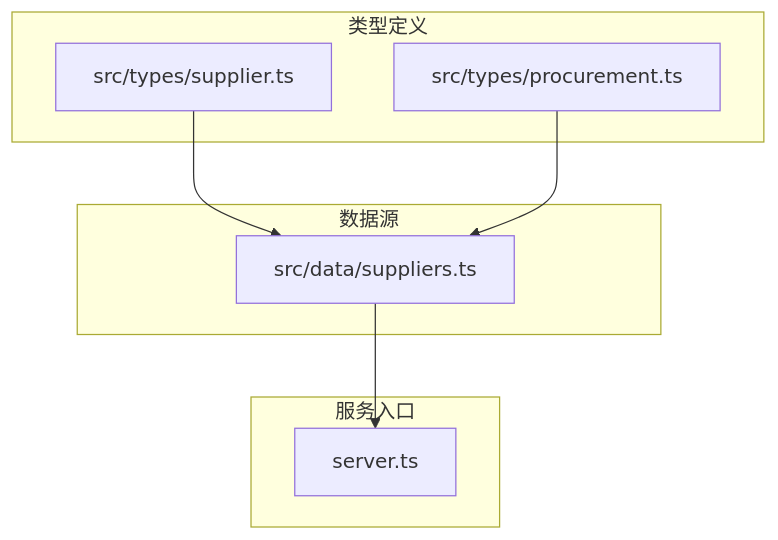
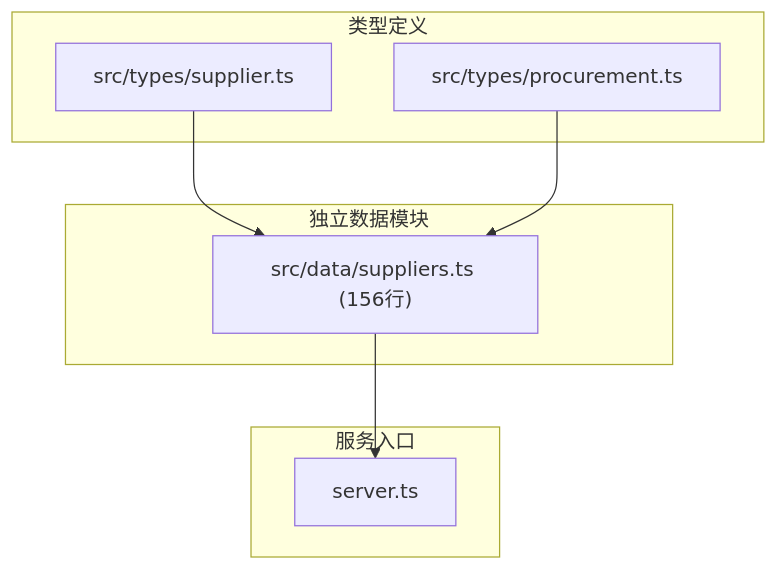
The first of 4 diagrams in .qoder/repowiki/zh/content/数据管理/供应商数据管理/供应商数据管理.md (Hu-Right/supply-os), drawn with Mermaid before and after one commit. The commit also changed other lines of this file and 33 other files, not shown here.

````diff
--- a/.qoder/repowiki/zh/content/数据管理/供应商数据管理/供应商数据管理.md
+++ b/.qoder/repowiki/zh/content/数据管理/供应商数据管理/供应商数据管理.md
@@ -40,16 +49,16 @@
 ```mermaid
 graph TB
 subgraph "类型定义"
 T_S["src/types/supplier.ts"]
 T_P["src/types/procurement.ts"]
 end
-subgraph "数据源"
-D_S["src/data/suppliers.ts"]
+subgraph "独立数据模块"
+D_S["src/data/suppliers.ts (156行)"]
 end
 subgraph "服务入口"
 Srv["server.ts"]
 end
 T_S --> D_S
 T_P --> D_S
 D_S --> Srv
 ```
````
